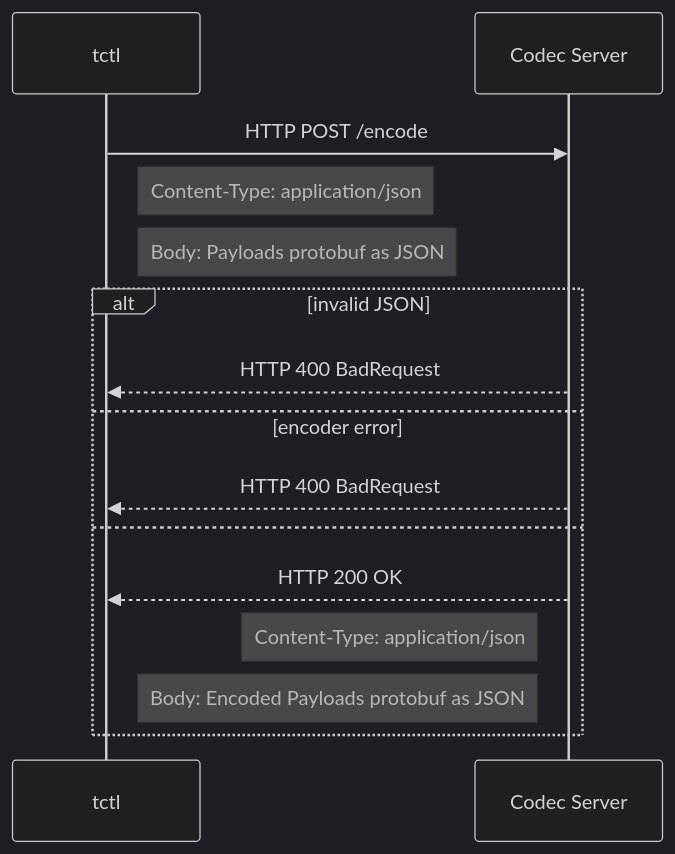
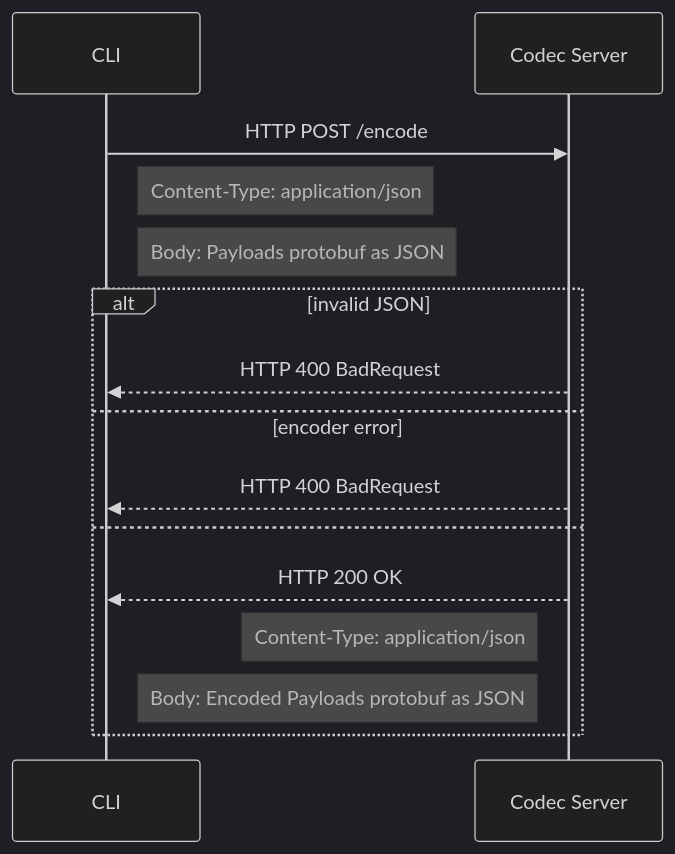
Before and after one commit to temporalio/samples-go: the first of 2 diagrams in codec-server/README.md, drawn with Mermaid (dark theme). The commit also changed other lines of this file, not shown here.

Commit message:
update README from tctl to Temporal CLI

````diff
--- a/codec-server/README.md
+++ b/codec-server/README.md
@@ -56,18 +57,18 @@
 ```mermaid
 sequenceDiagram;
-	participant tctl
+	participant CLI
 	participant Server as Codec Server
 
-	tctl->>Server: HTTP POST /encode
-	Note right of tctl: Content-Type: application/json
-	Note right of tctl: Body: Payloads protobuf as JSON
+	CLI->>Server: HTTP POST /encode
+	Note right of CLI: Content-Type: application/json
+	Note right of CLI: Body: Payloads protobuf as JSON
 	alt invalid JSON
-		Server-->>tctl: HTTP 400 BadRequest
+		Server-->>CLI: HTTP 400 BadRequest
     else encoder error
-		Server-->>tctl: HTTP 400 BadRequest
+		Server-->>CLI: HTTP 400 BadRequest
     else
-		Server-->>tctl: HTTP 200 OK
+		Server-->>CLI: HTTP 200 OK
 		Note left of Server: Content-Type: application/json
 		Note left of Server: Body: Encoded Payloads protobuf as JSON
 	end
 ```
````
